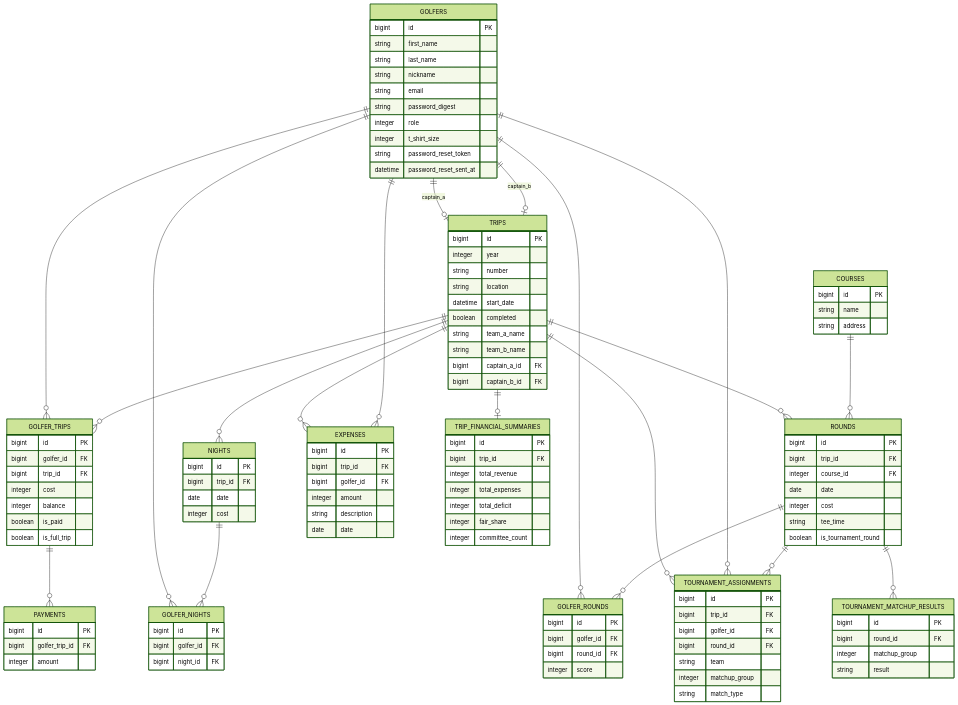
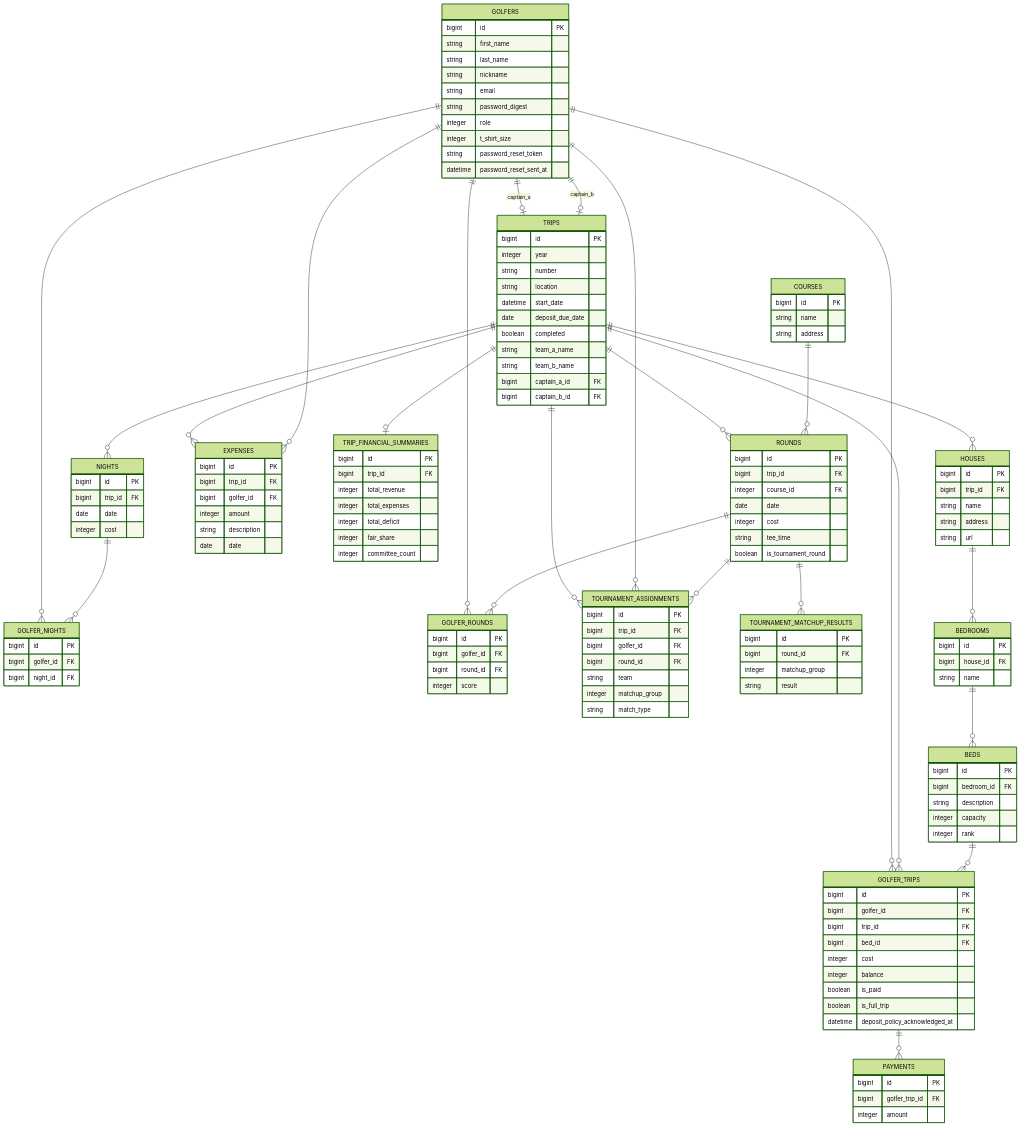
One commit to James-Harkins/kpc changed the diagram in README.md. Above: the diagram before and after it, drawn with Mermaid (forest theme). The commit also changed other lines of this file and 9 other files, not shown here.

````diff
--- a/README.md
+++ b/README.md
@@ -83,6 +96,7 @@
         string number
         string location
         datetime start_date
+        date deposit_due_date
         boolean completed
         string team_a_name
         string team_b_name
@@ -113,10 +127,12 @@
         bigint id PK
         bigint golfer_id FK
         bigint trip_id FK
+        bigint bed_id FK
         integer cost
         integer balance
         boolean is_paid
         boolean is_full_trip
+        datetime deposit_policy_acknowledged_at
     }
     GOLFER_NIGHTS {
         bigint id PK
@@ -166,6 +182,25 @@
         integer matchup_group
         string result
     }
+    HOUSES {
+        bigint id PK
+        bigint trip_id FK
+        string name
+        string address
+        string url
+    }
+    BEDROOMS {
+        bigint id PK
+        bigint house_id FK
+        string name
+    }
+    BEDS {
+        bigint id PK
+        bigint bedroom_id FK
+        string description
+        integer capacity
+        integer rank
+    }
 
     GOLFERS ||--o{ GOLFER_TRIPS : ""
     TRIPS ||--o{ GOLFER_TRIPS : ""
@@ -186,4 +221,8 @@
     ROUNDS ||--o{ TOURNAMENT_MATCHUP_RESULTS : ""
     GOLFERS ||--o| TRIPS : "captain_a"
     GOLFERS ||--o| TRIPS : "captain_b"
+    TRIPS ||--o{ HOUSES : ""
+    HOUSES ||--o{ BEDROOMS : ""
+    BEDROOMS ||--o{ BEDS : ""
+    BEDS ||--o{ GOLFER_TRIPS : ""
 ```
````
